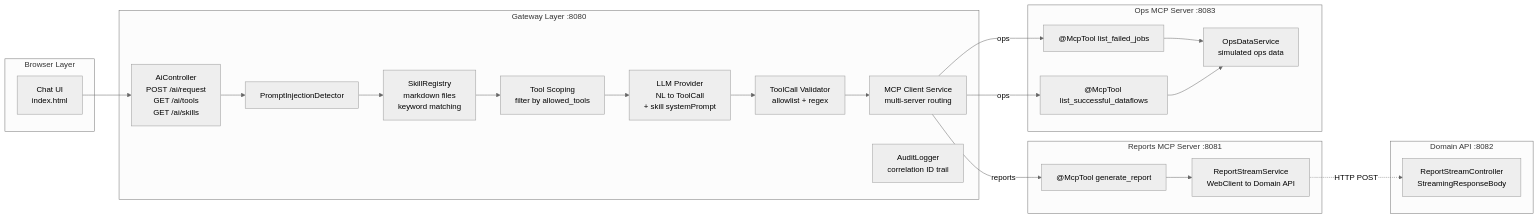
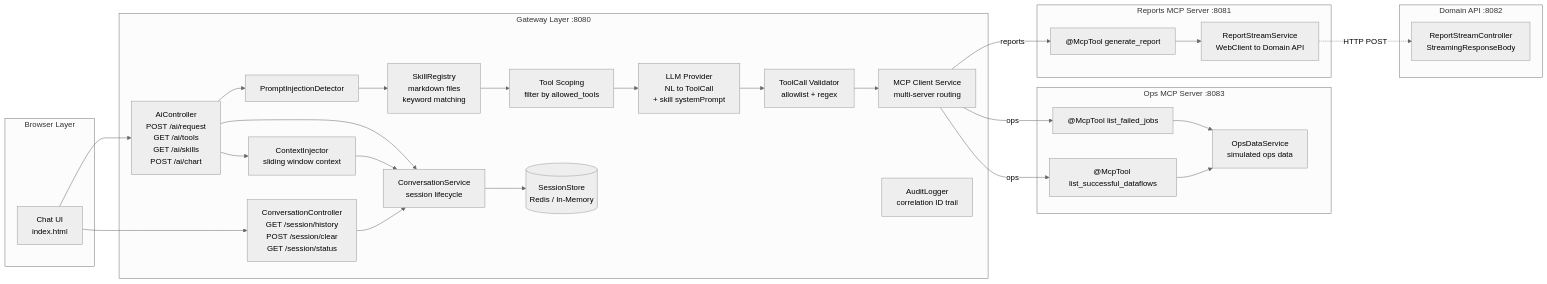
The second of 14 diagrams in docs/ARCHITECTURE_V2.md (rajashashankmuppirala/mcp-poc), drawn with Mermaid (neutral theme) before and after one commit. The commit also changed other lines of this file and 1 other file, not shown here.

Commit message:
update to docs with session management

````diff
--- a/docs/ARCHITECTURE_V2.md
+++ b/docs/ARCHITECTURE_V2.md
@@ -52,47 +52,57 @@
 ```mermaid
 flowchart LR
     subgraph BrowserLayer["Browser Layer"]
         UI["Chat UI\nindex.html"]
     end
 
     subgraph Gateway["Gateway Layer :8080"]
-        AiCtrl["AiController\nPOST /ai/request\nGET /ai/tools\nGET /ai/skills"]
+        AiCtrl["AiController\nPOST /ai/request\nGET /ai/tools\nGET /ai/skills\nPOST /ai/chart"]
+        ConvCtrl["ConversationController\nGET /session/history\nPOST /session/clear\nGET /session/status"]
         InjDet["PromptInjectionDetector"]
         SkillReg["SkillRegistry\nmarkdown files\nkeyword matching"]
         SkillScope["Tool Scoping\nfilter by allowed_tools"]
         LLMProv["LLM Provider\nNL to ToolCall\n+ skill systemPrompt"]
         Validator["ToolCall Validator\nallowlist + regex"]
         McpSvc["MCP Client Service\nmulti-server routing"]
         AuditLog["AuditLogger\ncorrelation ID trail"]
+        ConvSvc["ConversationService\nsession lifecycle"]
+        CtxInj["ContextInjector\nsliding window context"]
+        SessStore[(SessionStore\nRedis / In-Memory)]
     end
 
     subgraph Reports["Reports MCP Server :8081"]
         RptTools["@McpTool generate_report"]
         RptStreamSvc["ReportStreamService\nWebClient to Domain API"]
     end
 
     subgraph Ops["Ops MCP Server :8083"]
         OpsToolList["@McpTool list_failed_jobs"]
         OpsToolDF["@McpTool list_successful_dataflows"]
         OpsData["OpsDataService\nsimulated ops data"]
     end
 
     subgraph Domain["Domain API :8082"]
         DomainCtrl["ReportStreamController\nStreamingResponseBody"]
     end
 
     UI --> AiCtrl
+    UI --> ConvCtrl
     AiCtrl --> InjDet
+    AiCtrl --> ConvSvc
+    AiCtrl --> CtxInj
+    ConvCtrl --> ConvSvc
+    ConvSvc --> SessStore
+    CtxInj --> ConvSvc
     InjDet --> SkillReg
     SkillReg --> SkillScope
     SkillScope --> LLMProv
     LLMProv --> Validator
     Validator --> McpSvc
     McpSvc -->|reports| RptTools
     McpSvc -->|ops| OpsToolList
     McpSvc -->|ops| OpsToolDF
     RptTools --> RptStreamSvc
     OpsToolList --> OpsData
     OpsToolDF --> OpsData
     RptStreamSvc -. HTTP POST .-> DomainCtrl
 ```
````
